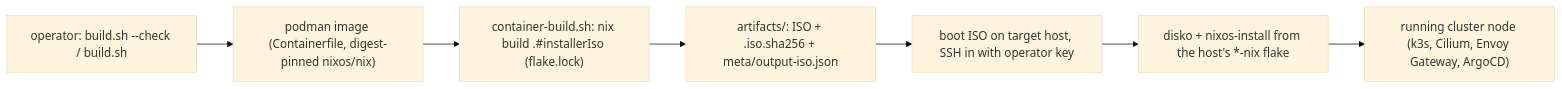
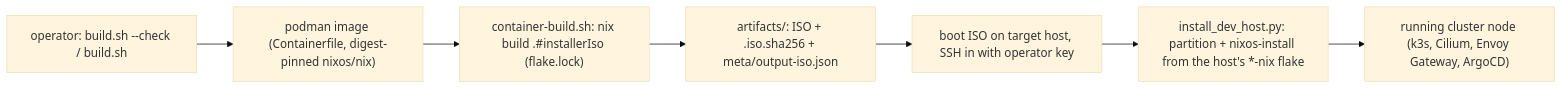
One commit to rowBeeX/cluster-iso-builder changed the diagram in README.md. Above: the diagram before and after it, drawn with Mermaid (base theme). The commit also changed other lines of this file and 2 other files, not shown here.

First line of the commit message:
drop unused disko from installer; docs describe real install path

````diff
--- a/README.md
+++ b/README.md
@@ -35,9 +36,9 @@
 ```mermaid
 flowchart LR
   dev["operator: build.sh --check / build.sh"] --> img["podman image (Containerfile, digest-pinned nixos/nix)"]
   img --> build["container-build.sh: nix build .#installerIso (flake.lock)"]
   build --> art["artifacts/: ISO + .iso.sha256 + meta/output-iso.json"]
   art --> boot["boot ISO on target host, SSH in with operator key"]
-  boot --> install["disko + nixos-install from the host's *-nix flake"]
+  boot --> install["install_dev_host.py: partition + nixos-install from the host's *-nix flake"]
   install --> node["running cluster node (k3s, Cilium, Envoy Gateway, ArgoCD)"]
 ```
````
